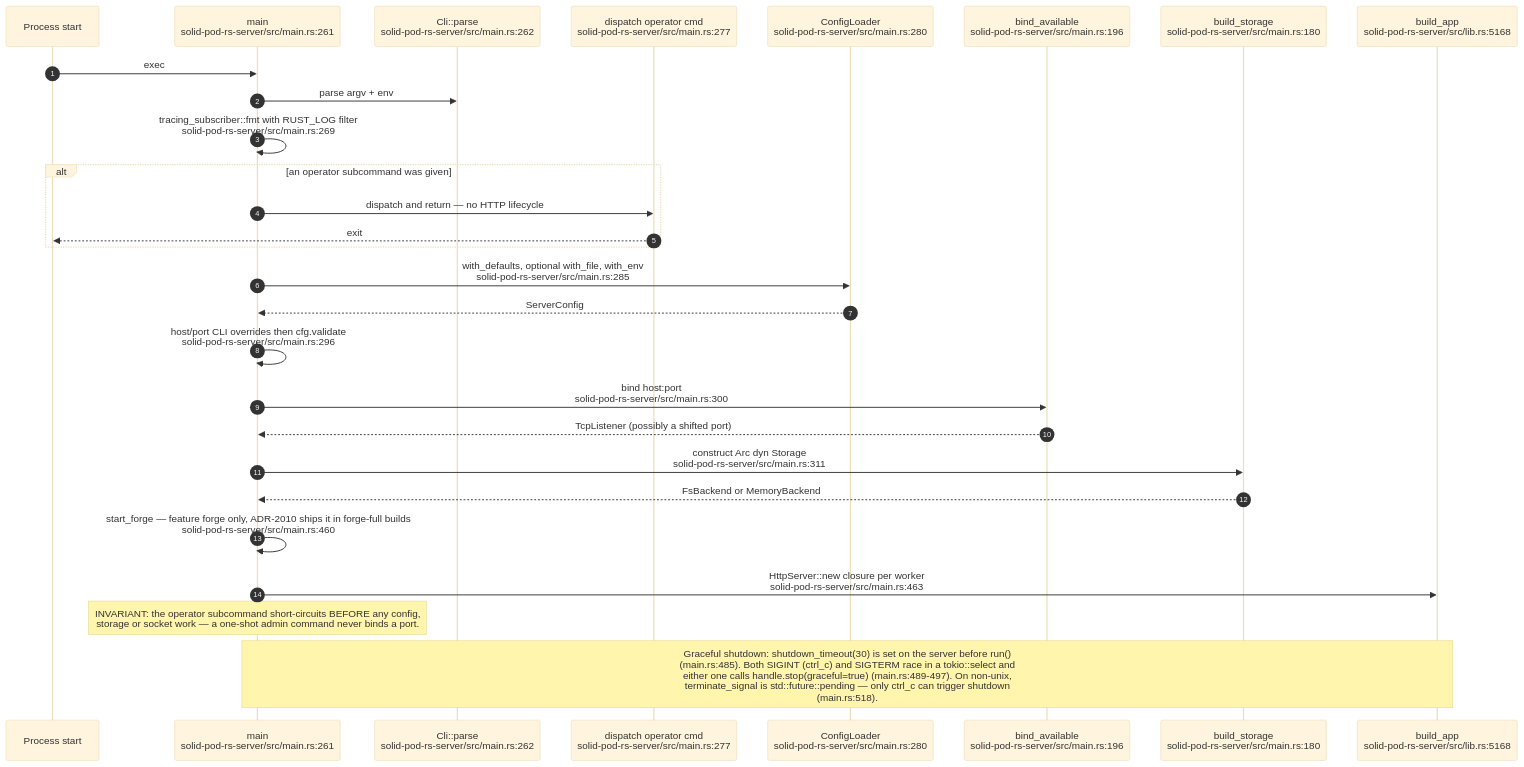
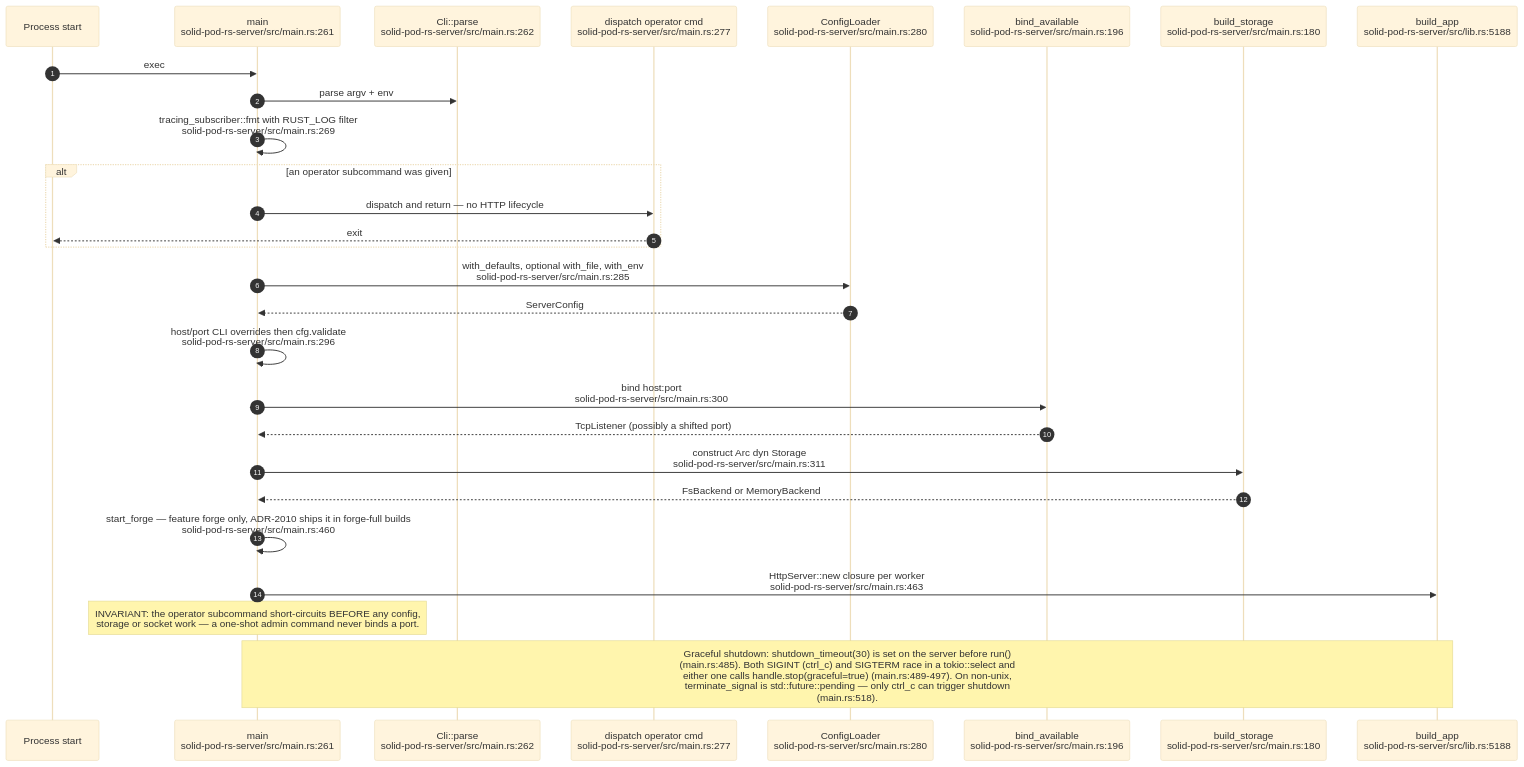
Before and after one commit to DreamLab-AI/VisionFlow: the first of 11 diagrams in docs/diagrams/solid-pod-rs/02-server-boot-and-routes.md, drawn with Mermaid (base theme). The commit also changed other lines of this file and 47 other files, not shown here.

````diff
--- a/docs/diagrams/solid-pod-rs/02-server-boot-and-routes.md
+++ b/docs/diagrams/solid-pod-rs/02-server-boot-and-routes.md
@@ -25,31 +26,31 @@
 ```mermaid
 sequenceDiagram
     autonumber
     participant OS as Process start
     participant M as main<br/>solid-pod-rs-server/src/main.rs:261
     participant CLI as Cli::parse<br/>solid-pod-rs-server/src/main.rs:262
     participant OP as dispatch operator cmd<br/>solid-pod-rs-server/src/main.rs:277
     participant LD as ConfigLoader<br/>solid-pod-rs-server/src/main.rs:280
     participant BIND as bind_available<br/>solid-pod-rs-server/src/main.rs:196
     participant ST as build_storage<br/>solid-pod-rs-server/src/main.rs:180
-    participant APP as build_app<br/>solid-pod-rs-server/src/lib.rs:5168
+    participant APP as build_app<br/>solid-pod-rs-server/src/lib.rs:5188
 
     OS->>M: exec
     M->>CLI: parse argv + env
     M->>M: tracing_subscriber::fmt with RUST_LOG filter<br/>solid-pod-rs-server/src/main.rs:269
     alt an operator subcommand was given
         M->>OP: dispatch and return — no HTTP lifecycle
         OP-->>OS: exit
     end
     M->>LD: with_defaults, optional with_file, with_env<br/>solid-pod-rs-server/src/main.rs:285
     LD-->>M: ServerConfig
     M->>M: host/port CLI overrides then cfg.validate<br/>solid-pod-rs-server/src/main.rs:296
     M->>BIND: bind host:port<br/>solid-pod-rs-server/src/main.rs:300
     BIND-->>M: TcpListener (possibly a shifted port)
     M->>ST: construct Arc dyn Storage<br/>solid-pod-rs-server/src/main.rs:311
     ST-->>M: FsBackend or MemoryBackend
     M->>M: start_forge — feature forge only, ADR-2010 ships it in forge-full builds<br/>solid-pod-rs-server/src/main.rs:460
     M->>APP: HttpServer::new closure per worker<br/>solid-pod-rs-server/src/main.rs:463
     Note over M: INVARIANT: the operator subcommand short-circuits BEFORE any config,<br/>storage or socket work — a one-shot admin command never binds a port.
     Note over APP,M: Graceful shutdown: shutdown_timeout(30) is set on the server before run()<br/>(main.rs:485). Both SIGINT (ctrl_c) and SIGTERM race in a tokio::select and<br/>either one calls handle.stop(graceful=true) (main.rs:489-497). On non-unix,<br/>terminate_signal is std::future::pending — only ctrl_c can trigger shutdown<br/>(main.rs:518).
 ```
````
